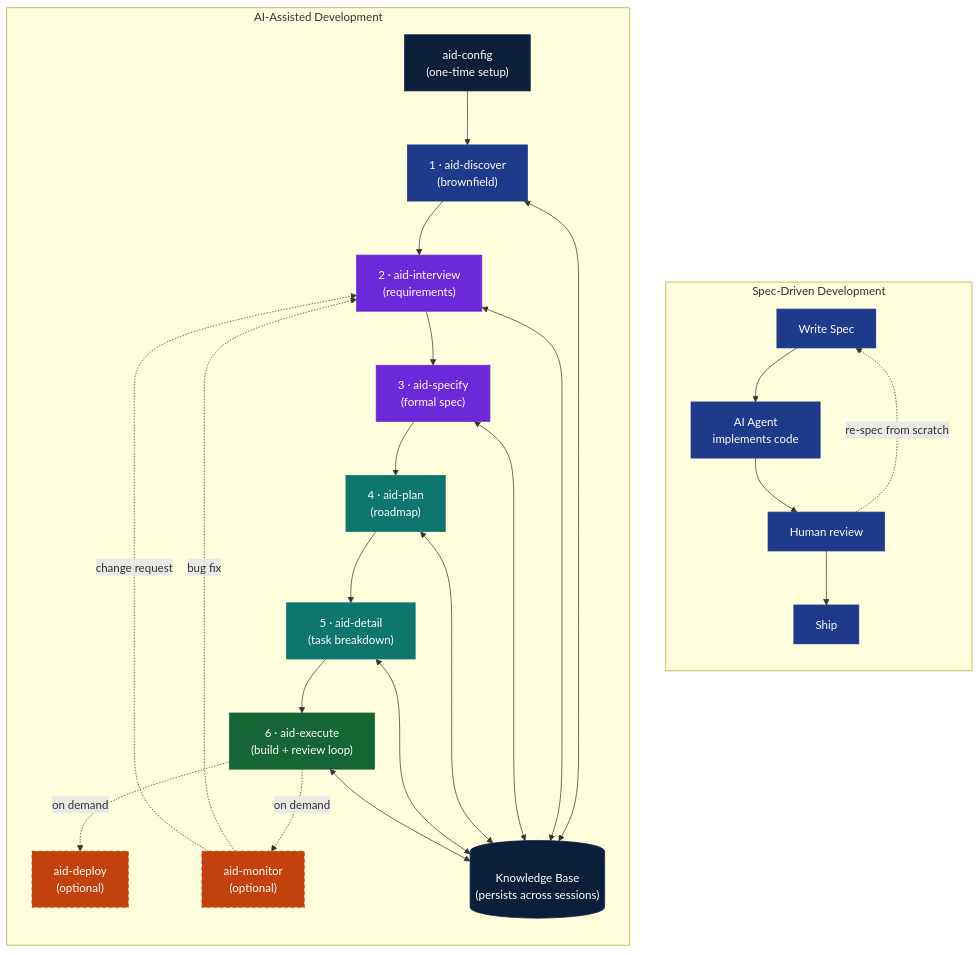
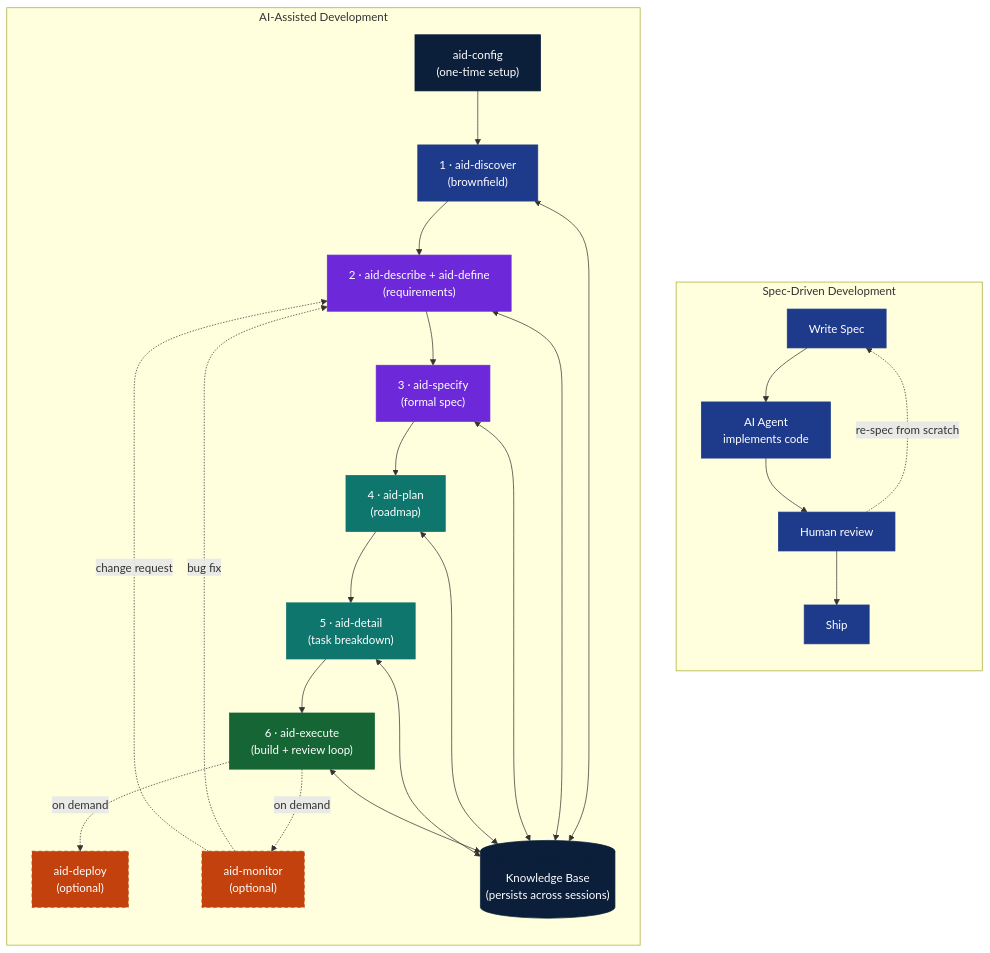
The seventh of 7 diagrams in docs/aid-methodology.md (AndreVianna/aid-methodology), drawn with Mermaid before and after one commit. The commit also changed other lines of this file and 962 other files, not shown here.

````diff
--- a/docs/aid-methodology.md
+++ b/docs/aid-methodology.md
@@ -1270,47 +1273,47 @@
 ```mermaid
 flowchart TB
     classDef sdd  fill:#1E3A8A,stroke:#1E3A8A,color:#ffffff
     classDef aid_prep  fill:#1E3A8A,stroke:#1E3A8A,color:#ffffff
     classDef aid_def   fill:#6D28D9,stroke:#6D28D9,color:#ffffff
     classDef aid_map   fill:#0F766E,stroke:#0F766E,color:#ffffff
     classDef aid_exe   fill:#166534,stroke:#166534,color:#ffffff
     classDef aid_del   fill:#C2410C,stroke:#C2410C,color:#ffffff,stroke-dasharray:5 4
     classDef kb        fill:#0B1F3A,stroke:#0B1F3A,color:#ffffff
 
     subgraph SDD["Spec-Driven Development"]
         direction TB
         S1["Write Spec"]:::sdd
         S2["AI Agent<br/>implements code"]:::sdd
         S3["Human review"]:::sdd
         S4["Ship"]:::sdd
         S1 --> S2 --> S3 --> S4
         S3 -. "re-spec from scratch" .-> S1
     end
 
     subgraph AID["AI-Assisted Development"]
         direction TB
         A0["aid-config<br/>(one-time setup)"]:::kb
         A1["1 · aid-discover<br/>(brownfield)"]:::aid_prep
-        A2["2 · aid-interview<br/>(requirements)"]:::aid_def
+        A2["2 · aid-describe + aid-define<br/>(requirements)"]:::aid_def
         A3["3 · aid-specify<br/>(formal spec)"]:::aid_def
         A4["4 · aid-plan<br/>(roadmap)"]:::aid_map
         A5["5 · aid-detail<br/>(task breakdown)"]:::aid_map
         A6["6 · aid-execute<br/>(build + review loop)"]:::aid_exe
         KB[("Knowledge Base<br/>(persists across sessions)")]:::kb
         Dep["aid-deploy<br/>(optional)"]:::aid_del
         Mon["aid-monitor<br/>(optional)"]:::aid_del
 
         A0 --> A1 --> A2 --> A3 --> A4 --> A5 --> A6
         A6 -. "on demand" .-> Dep
         A6 -. "on demand" .-> Mon
         Mon -. "bug fix" .-> A2
         Mon -. "change request" .-> A2
 
         A1 <--> KB
         A2 <--> KB
         A3 <--> KB
         A4 <--> KB
         A5 <--> KB
         A6 <--> KB
     end
 ```
````
